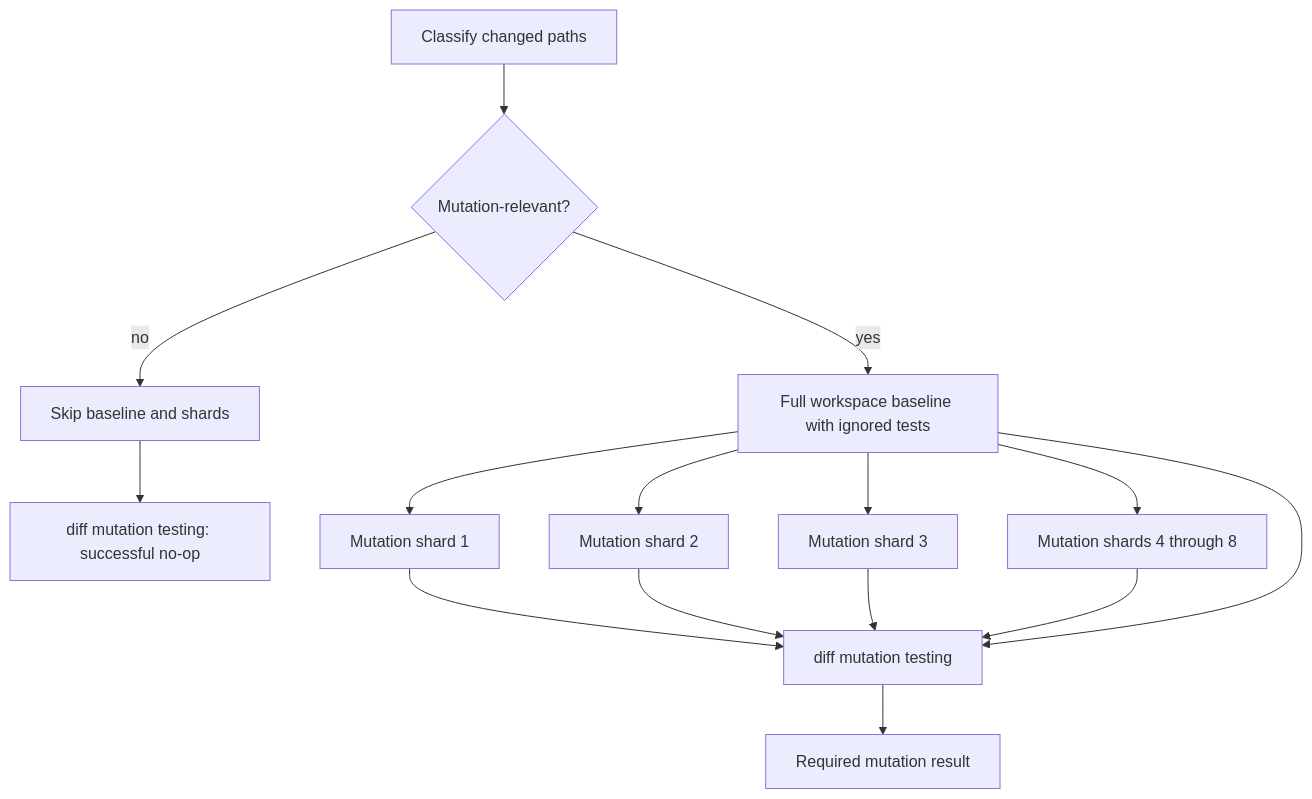
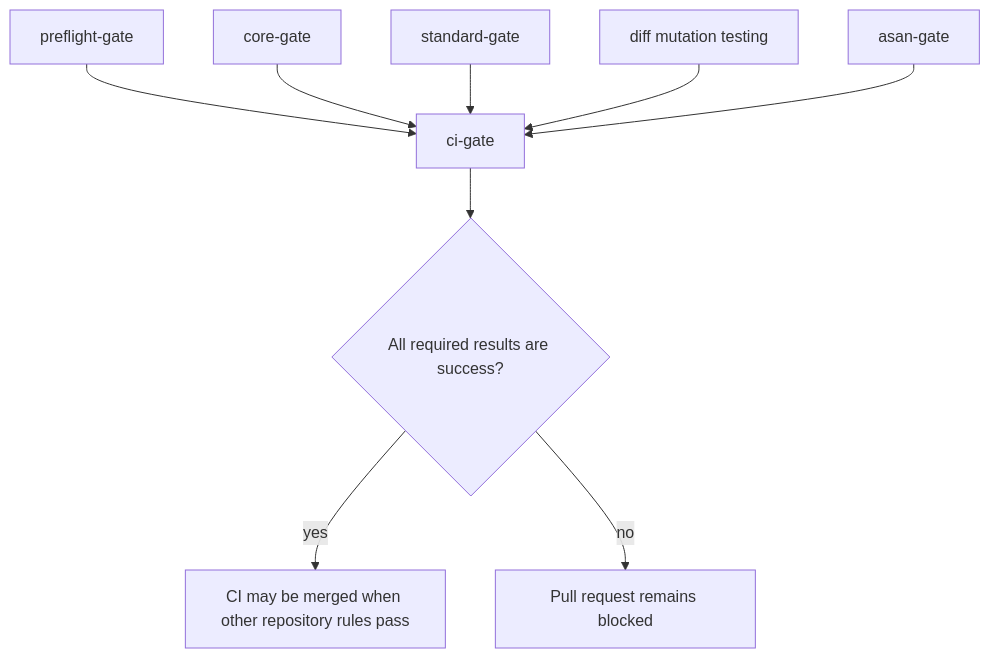
Before and after one commit to arceushui/pigloros: diagram 11 of 14 in CONTRIBUTING.md, drawn with Mermaid. The commit also changed other lines of this file and 10 other files, not shown here.

Commit message:
ci: stage expensive pull request gates

````diff
--- a/CONTRIBUTING.md
+++ b/CONTRIBUTING.md
@@ -239,17 +298,11 @@
 ```mermaid
 flowchart TD
-    C["Classify changed paths"] --> R{"Mutation-relevant?"}
-    R -->|"no"| S["Skip baseline and shards"]
-    S --> G0["diff mutation testing: successful no-op"]
-    R -->|"yes"| B["Full workspace baseline with ignored tests"]
-    B --> M1["Mutation shard 1"]
-    B --> M2["Mutation shard 2"]
-    B --> M3["Mutation shard 3"]
-    B --> M4["Mutation shards 4 through 8"]
-    M1 --> G["diff mutation testing"]
-    M2 --> G
-    M3 --> G
-    M4 --> G
-    B --> G
-    G --> O["Required mutation result"]
+    B1["preflight-gate"] --> G["ci-gate"]
+    B2["core-gate"] --> G
+    B3["standard-gate"] --> G
+    B4["diff mutation testing"] --> G
+    B5["asan-gate"] --> G
+    G --> M{"All required results are success?"}
+    M -->|"yes"| P["CI may be merged when other repository rules pass"]
+    M -->|"no"| F["Pull request remains blocked"]
 ```
````
